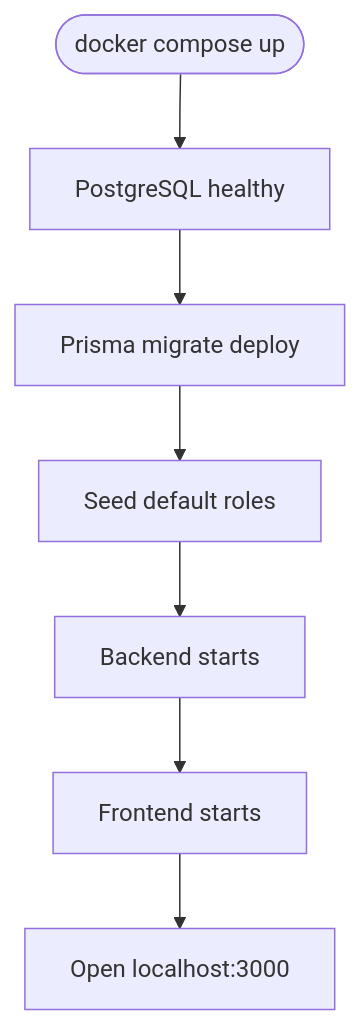
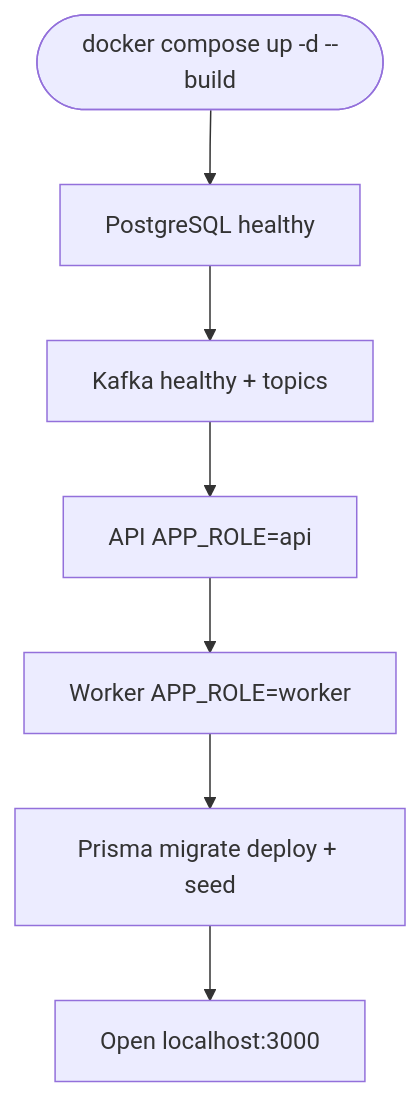
The seventh of 8 diagrams in src/data/docs/talentsync/Getting Started.md (tashifkhan/tashif.codes), drawn with Mermaid before and after one commit. The commit also changed other lines of this file and 2128 other files, not shown here.

First line of the commit message:
docs: replace raster diagram images with native Mermaid across project guides

````diff
--- a/src/data/docs/talentsync/Getting Started.md
+++ b/src/data/docs/talentsync/Getting Started.md
@@ -201,9 +269,9 @@
 ```mermaid
 flowchart TD
-StartDC(["docker compose up"]) --> DBReady["PostgreSQL healthy"]
-DBReady --> Migrate["Prisma migrate deploy"]
-Migrate --> Seed["Seed default roles"]
-Seed --> BackendReady["Backend starts"]
-BackendReady --> FrontendReady["Frontend starts"]
-FrontendReady --> Browse["Open localhost:3000"]
+StartDC(["docker compose up -d --build"]) --> DBReady["PostgreSQL healthy"]
+DBReady --> KafkaReady["Kafka healthy + topics"]
+KafkaReady --> BackendReady["API APP_ROLE=api"]
+BackendReady --> WorkerReady["Worker APP_ROLE=worker"]
+WorkerReady --> Migrate["Prisma migrate deploy + seed"]
+Migrate --> Browse["Open localhost:3000"]
 ```
````
